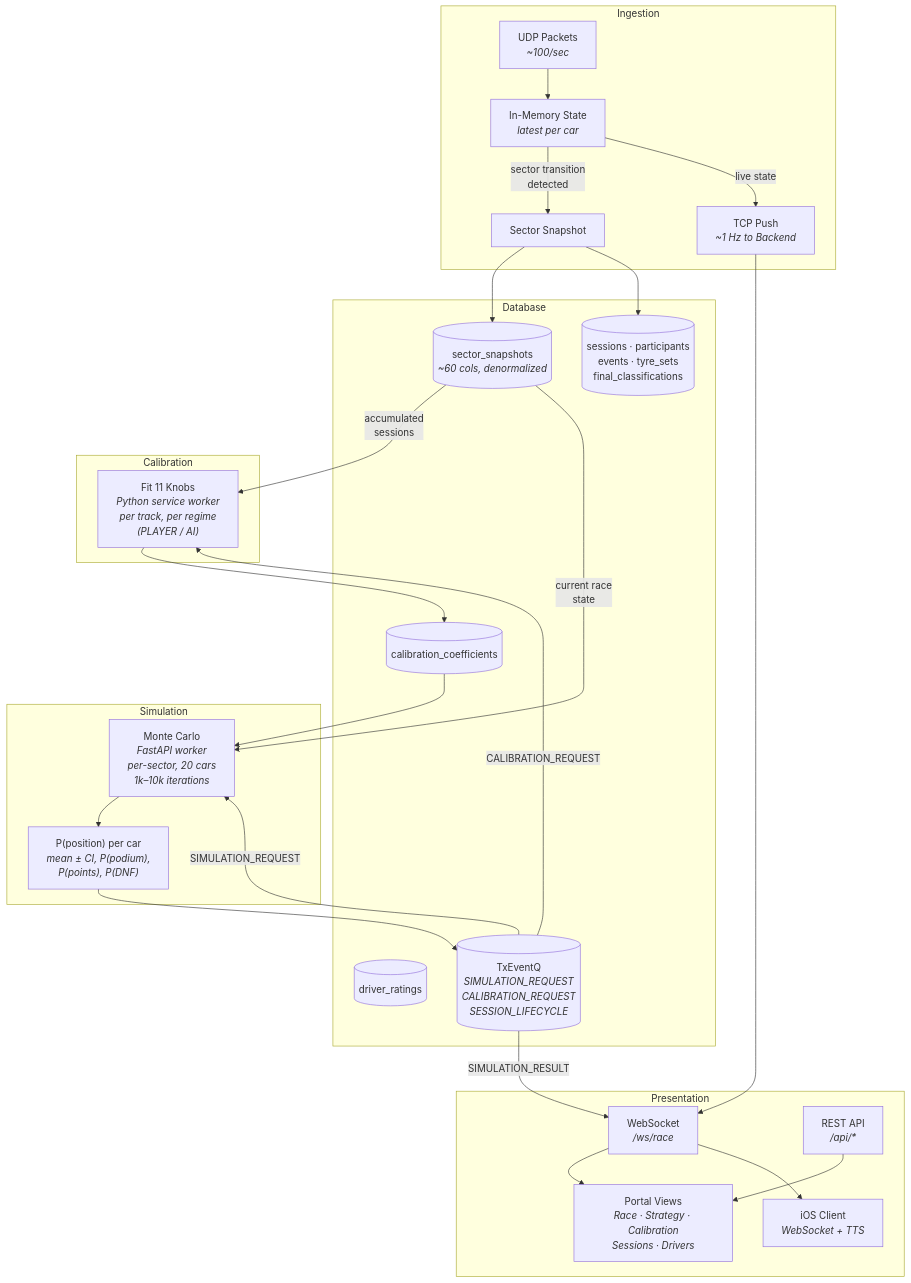
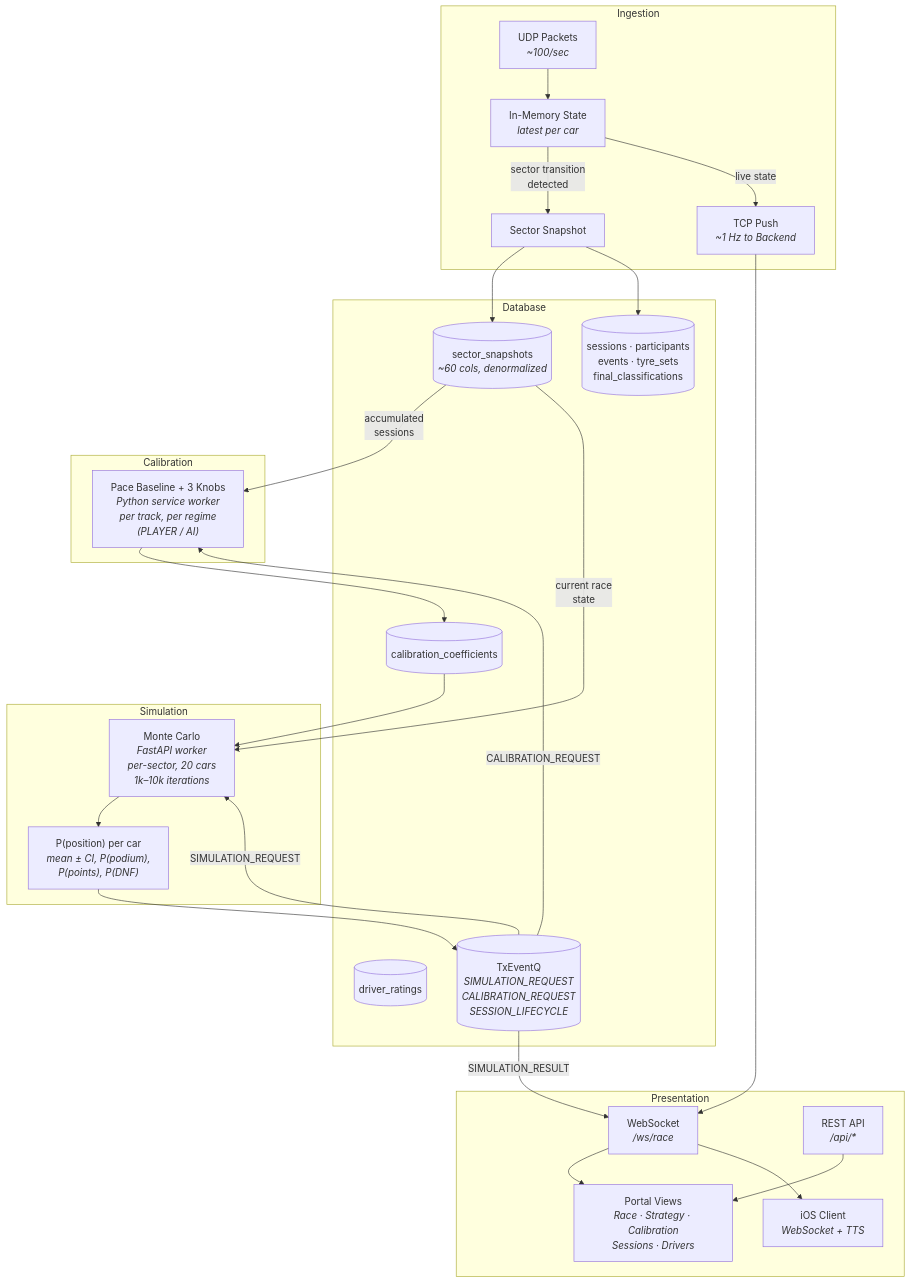
The second of 2 diagrams in README.md (vmleon/f12025-race-strategy-simulation), drawn with Mermaid before and after one commit. The commit also changed other lines of this file and 3 other files, not shown here.

````diff
--- a/README.md
+++ b/README.md
@@ -43,52 +43,52 @@
 ```mermaid
 graph TD
     subgraph Ingestion
         UDP["UDP Packets<br/><i>~100/sec</i>"]
         Mem["In-Memory State<br/><i>latest per car</i>"]
         Snap["Sector Snapshot"]
         TCP["TCP Push<br/><i>~1 Hz to Backend</i>"]
         UDP --> Mem
         Mem -- "sector transition<br/>detected" --> Snap
         Mem -- "live state" --> TCP
     end
 
     subgraph Database
         SS[("sector_snapshots<br/><i>~60 cols, denormalized</i>")]
         CC[("calibration_coefficients")]
         DR[("driver_ratings")]
         Aux[("sessions · participants<br/>events · tyre_sets<br/>final_classifications")]
         Q[("TxEventQ<br/><i>SIMULATION_REQUEST<br/>CALIBRATION_REQUEST<br/>SESSION_LIFECYCLE</i>")]
     end
 
     subgraph Calibration
-        Fit["Fit 11 Knobs<br/><i>Python service worker<br/>per track, per regime<br/>(PLAYER / AI)</i>"]
+        Fit["Pace Baseline + 3 Knobs<br/><i>Python service worker<br/>per track, per regime<br/>(PLAYER / AI)</i>"]
     end
 
     subgraph Simulation
         MC["Monte Carlo<br/><i>FastAPI worker<br/>per-sector, 20 cars<br/>1k–10k iterations</i>"]
         Out["P(position) per car<br/><i>mean ± CI, P(podium),<br/>P(points), P(DNF)</i>"]
         MC --> Out
     end
 
     subgraph Presentation
         WS["WebSocket<br/><i>/ws/race</i>"]
         REST["REST API<br/><i>/api/*</i>"]
         Views["Portal Views<br/><i>Race · Strategy · Calibration<br/>Sessions · Drivers</i>"]
         iOS["iOS Client<br/><i>WebSocket + TTS</i>"]
         WS --> Views
         WS --> iOS
         REST --> Views
     end
 
     Snap --> SS
     Snap --> Aux
     TCP --> WS
     Q -- "CALIBRATION_REQUEST" --> Fit
     SS -- "accumulated<br/>sessions" --> Fit
     Fit --> CC
     Q -- "SIMULATION_REQUEST" --> MC
     CC --> MC
     SS -- "current race<br/>state" --> MC
     Out --> Q
     Q -- "SIMULATION_RESULT" --> WS
 ```
````
